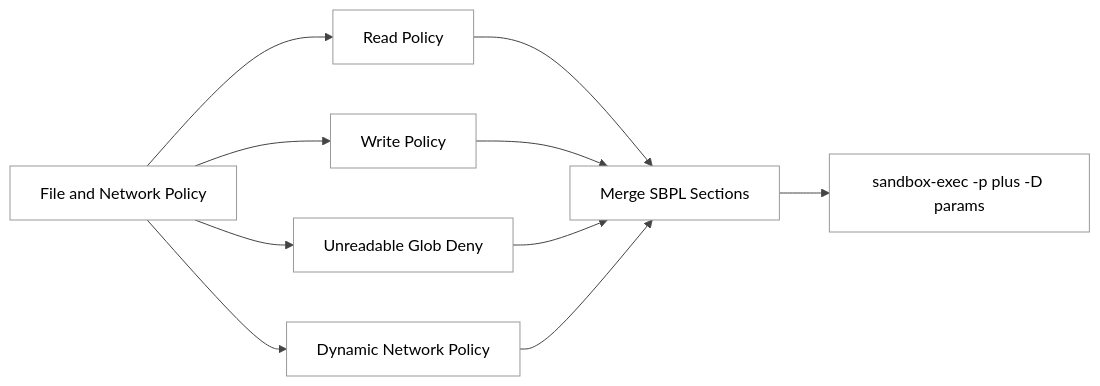
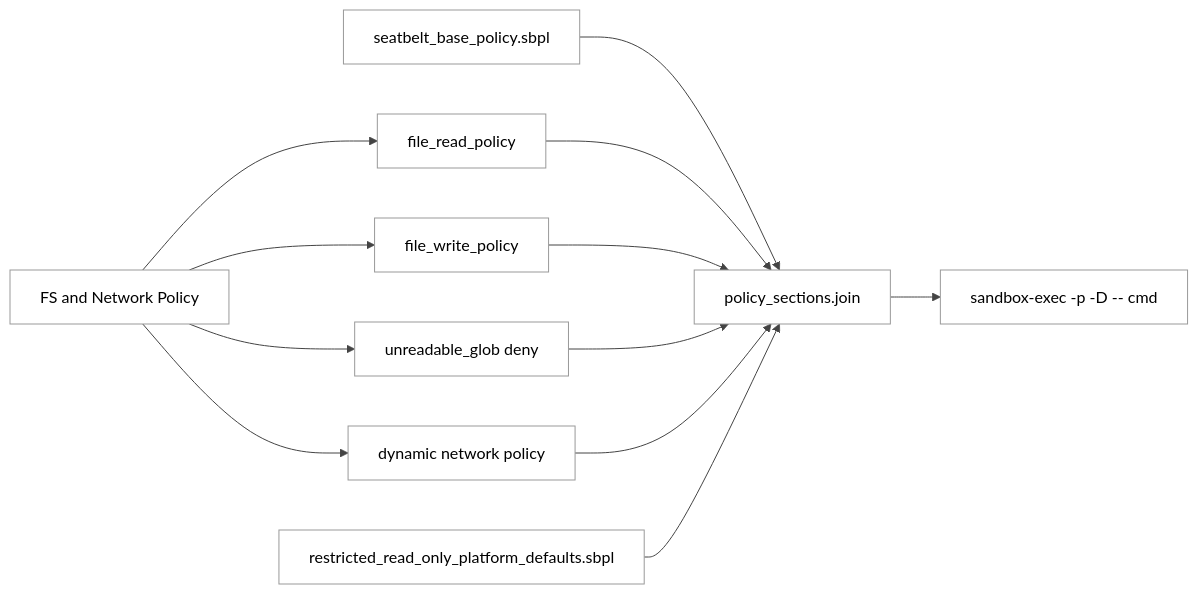
Before and after one commit to GLBB/codex-source-analysis: the third of 6 diagrams in Part II Source Analysis/12-macOS与Linux沙箱.md, drawn with Mermaid. The commit also changed other lines of this file and 3 other files, not shown here.

````diff
--- a/Part II Source Analysis/12-macOS与Linux沙箱.md
+++ b/Part II Source Analysis/12-macOS与Linux沙箱.md
@@ -222,13 +299,15 @@
 ```mermaid
 %%{init: {"theme":"neutral","themeCSS":"svg { background: #ffffff !important; }","themeVariables":{"background":"#ffffff","mainBkg":"#ffffff","primaryColor":"#f5f5f5","primaryTextColor":"#000000","primaryBorderColor":"#333333","lineColor":"#444444","secondaryColor":"#f6f8fa","tertiaryColor":"#ffffff","edgeLabelBackground":"#ffffff","fontFamily":"Helvetica"}}}%%
 flowchart LR
-    InPolicy["File and Network Policy"] --> ReadP["Read Policy"]
-    InPolicy --> WriteP["Write Policy"]
-    InPolicy --> GlobDeny["Unreadable Glob Deny"]
-    InPolicy --> NetDyn["Dynamic Network Policy"]
-    ReadP --> Merge["Merge SBPL Sections"]
+    InPolicy["FS and Network Policy"] --> ReadP["file_read_policy"]
+    InPolicy --> WriteP["file_write_policy"]
+    InPolicy --> GlobDeny["unreadable_glob deny"]
+    InPolicy --> NetDyn["dynamic network policy"]
+    Base["seatbelt_base_policy.sbpl"] --> Merge["policy_sections.join"]
+    ReadP --> Merge
     WriteP --> Merge
     GlobDeny --> Merge
     NetDyn --> Merge
-    Merge --> ExecArgs["sandbox-exec -p plus -D params"]
+    Defaults["restricted_read_only_platform_defaults.sbpl"] --> Merge
+    Merge --> ExecArgs["sandbox-exec -p <policy> -D <params> -- cmd"]
 ```
````
